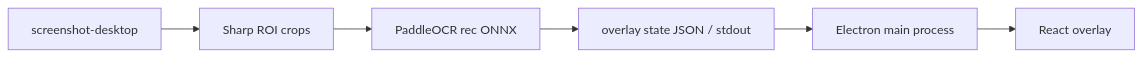
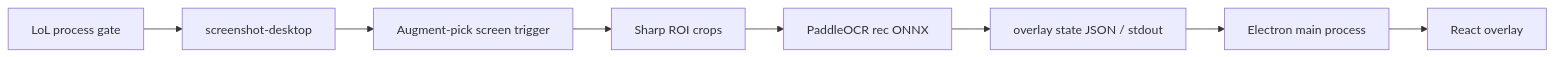
Before and after one commit to xzq-xu/open-hex-assistant: the second of 2 diagrams in docs/architecture.md, drawn with Mermaid. The commit also changed other lines of this file and 9 other files, not shown here.

Commit message:
Gate OCR on LoL augment selection

````diff
--- a/docs/architecture.md
+++ b/docs/architecture.md
@@ -61,8 +61,10 @@
 ```mermaid
 flowchart LR
-  Capture["screenshot-desktop"] --> Crop["Sharp ROI crops"]
+  Game["LoL process gate"] --> Capture["screenshot-desktop"]
+  Capture --> Trigger["Augment-pick screen trigger"]
+  Trigger --> Crop["Sharp ROI crops"]
   Crop --> Rec["PaddleOCR rec ONNX"]
   Rec --> Json["overlay state JSON / stdout"]
   Json --> Electron["Electron main process"]
   Electron --> Overlay["React overlay"]
 ```
````
